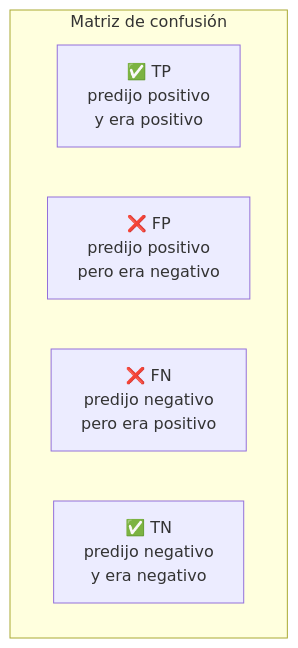
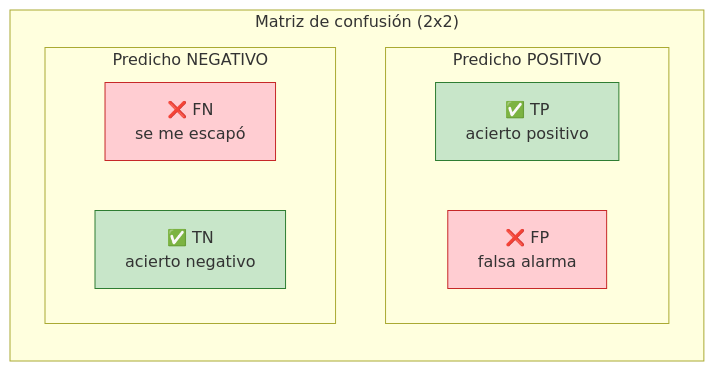
One commit to totogr/Tomas-Goncalves-Rei changed the diagram in Materias/Ciencia de Datos/Guías de estudio/04 - Métricas.md. Above: the diagram before and after it, drawn with Mermaid. The commit also changed other lines of this file and 23 other files, not shown here.

First line of the commit message:
Sumar diagramas SVG a las guias de Ciencia de Datos

````diff
--- a/Materias/Ciencia de Datos/Guías de estudio/04 - Métricas.md
+++ b/Materias/Ciencia de Datos/Guías de estudio/04 - Métricas.md
@@ -32,9 +50,18 @@
 ```mermaid
-flowchart TD
-    subgraph M["Matriz de confusión"]
-    A["✅ TP<br/>predijo positivo<br/>y era positivo"]
-    B["❌ FP<br/>predijo positivo<br/>pero era negativo"]
-    C["❌ FN<br/>predijo negativo<br/>pero era positivo"]
-    D["✅ TN<br/>predijo negativo<br/>y era negativo"]
+flowchart LR
+    subgraph MC["Matriz de confusión (2x2)"]
+      direction TB
+      subgraph fila1["Predicho POSITIVO"]
+        TP["✅ TP<br/>acierto positivo"]
+        FP["❌ FP<br/>falsa alarma"]
+      end
+      subgraph fila2["Predicho NEGATIVO"]
+        FN["❌ FN<br/>se me escapó"]
+        TN["✅ TN<br/>acierto negativo"]
+      end
     end
+    style TP fill:#c8e6c9,stroke:#2e7d32
+    style TN fill:#c8e6c9,stroke:#2e7d32
+    style FP fill:#ffcdd2,stroke:#c62828
+    style FN fill:#ffcdd2,stroke:#c62828
 ```
````
